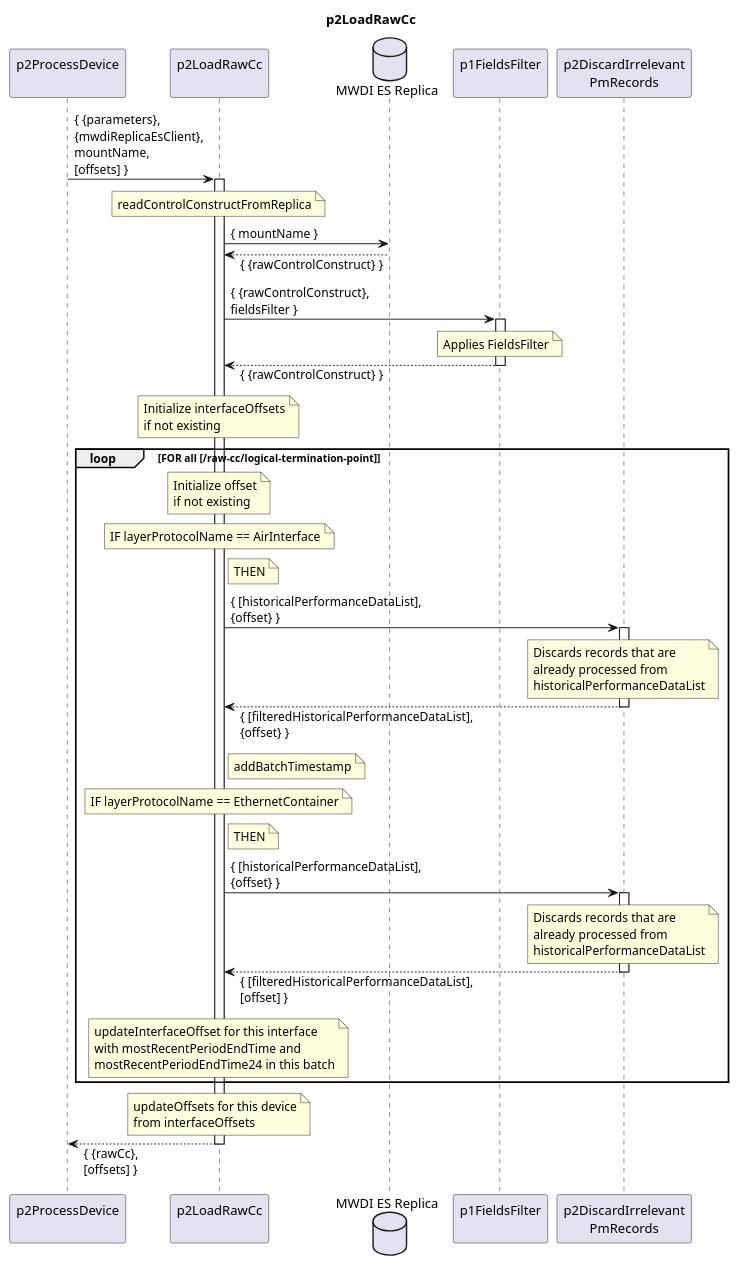
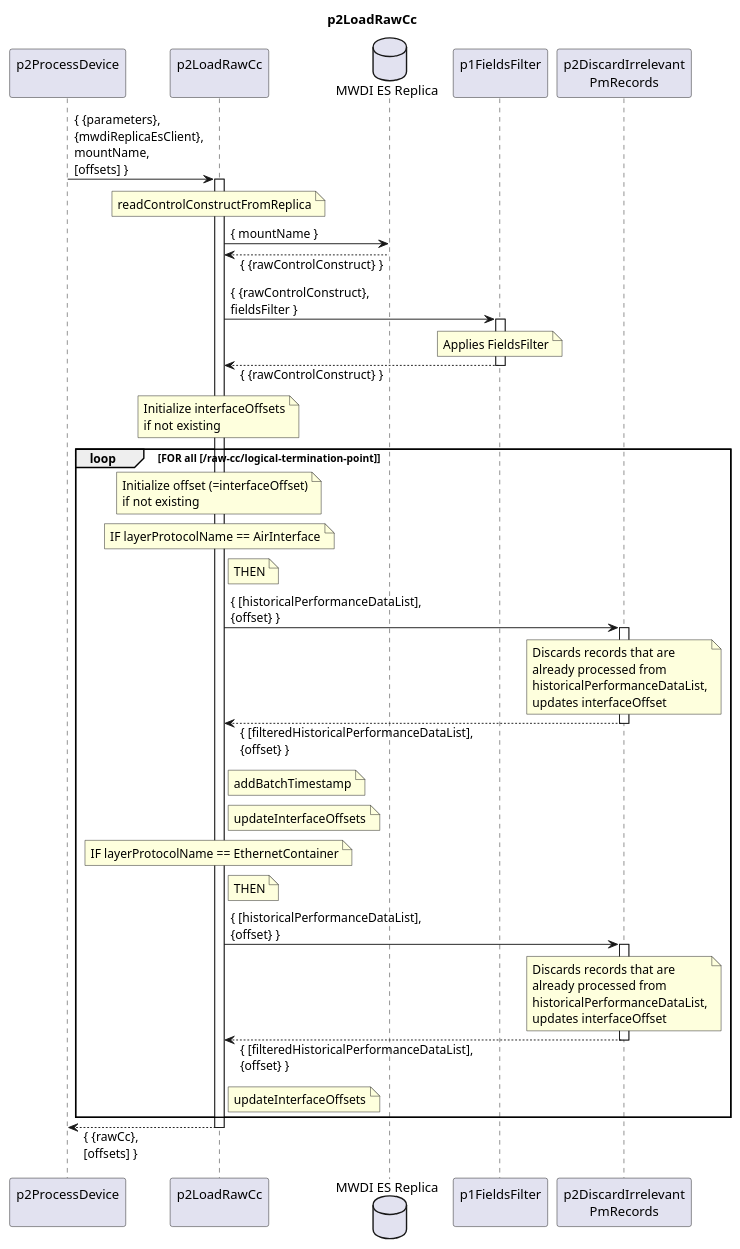
One commit to openBackhaul/DevicePerformanceManagementDataProcessor changed the diagram in spec/Functions/p1StreamPmData/p2ProcessDevice/p2LoadRawCc/1.0.0/p2LoadRawCc.plantuml. Above: the diagram before and after it, drawn with PlantUML. The commit also changed 4 other files, not shown here.

```diff
--- a/spec/Functions/p1StreamPmData/p2ProcessDevice/p2LoadRawCc/1.0.0/p2LoadRawCc.plantuml
+++ b/spec/Functions/p1StreamPmData/p2ProcessDevice/p2LoadRawCc/1.0.0/p2LoadRawCc.plantuml
@@ -1,99 +1,98 @@
 @startuml p2LoadRawCc
 skinparam responseMessageBelowArrow true
 
 title
   p2LoadRawCc
 end title
 
 participant "p2ProcessDevice\n" as requestor
 participant "p2LoadRawCc\n" as cur
 database "MWDI ES Replica" as MwdiEs
 participant "p1FieldsFilter\n" as fieldsFilter
 participant "p2DiscardIrrelevant\nPmRecords" as filterPm
 
 requestor -> cur: { {parameters},\n{mwdiReplicaEsClient},\nmountName,\n[offsets] }
 activate cur
 
   note over cur
     readControlConstructFromReplica
   end note
   cur -> MwdiEs: { mountName }
   cur <-- MwdiEs: { {rawControlConstruct} }
 
   cur -> fieldsFilter: { {rawControlConstruct},\nfieldsFilter }
   activate fieldsFilter
     note over fieldsFilter
       Applies FieldsFilter
     end note
   cur <-- fieldsFilter: { {rawControlConstruct} }
   deactivate fieldsFilter
 
   note over cur
     Initialize interfaceOffsets
     if not existing
   end note
 
   loop FOR all [/raw-cc/logical-termination-point]
 
     note over cur
-      Initialize offset
+      Initialize offset (=interfaceOffset)
       if not existing
     end note
 
     note over cur
       IF layerProtocolName == AirInterface
     end note
 
     note right cur
       THEN
     end note
 
     cur -> filterPm: { [historicalPerformanceDataList],\n{offset} }
     activate filterPm
     note over filterPm
       Discards records that are
       already processed from
-      historicalPerformanceDataList
+      historicalPerformanceDataList,
+      updates interfaceOffset
     end note
     cur <-- filterPm: { [filteredHistoricalPerformanceDataList],\n{offset} }
     deactivate filterPm
 
     note right cur
       addBatchTimestamp
+    end note
+
+    note right cur
+      updateInterfaceOffsets
     end note
 
     note over cur
       IF layerProtocolName == EthernetContainer
     end note
 
     note right cur
       THEN
     end note
 
     cur -> filterPm: { [historicalPerformanceDataList],\n{offset} }
     activate filterPm
     note over filterPm
       Discards records that are
       already processed from
-      historicalPerformanceDataList
+      historicalPerformanceDataList,
+      updates interfaceOffset
     end note
-    cur <-- filterPm: { [filteredHistoricalPerformanceDataList],\n[offset] }
+    cur <-- filterPm: { [filteredHistoricalPerformanceDataList],\n{offset} }
     deactivate filterPm
 
-    note over cur
-      updateInterfaceOffset for this interface
-      with mostRecentPeriodEndTime and
-      mostRecentPeriodEndTime24 in this batch
+    note right cur
+      updateInterfaceOffsets
     end note
 
   end loop
-
-  note over cur
-    updateOffsets for this device
-    from interfaceOffsets
-  end note
 
 requestor <-- cur: { {rawCc},\n[offsets] }
 deactivate cur
 
 @enduml
```
